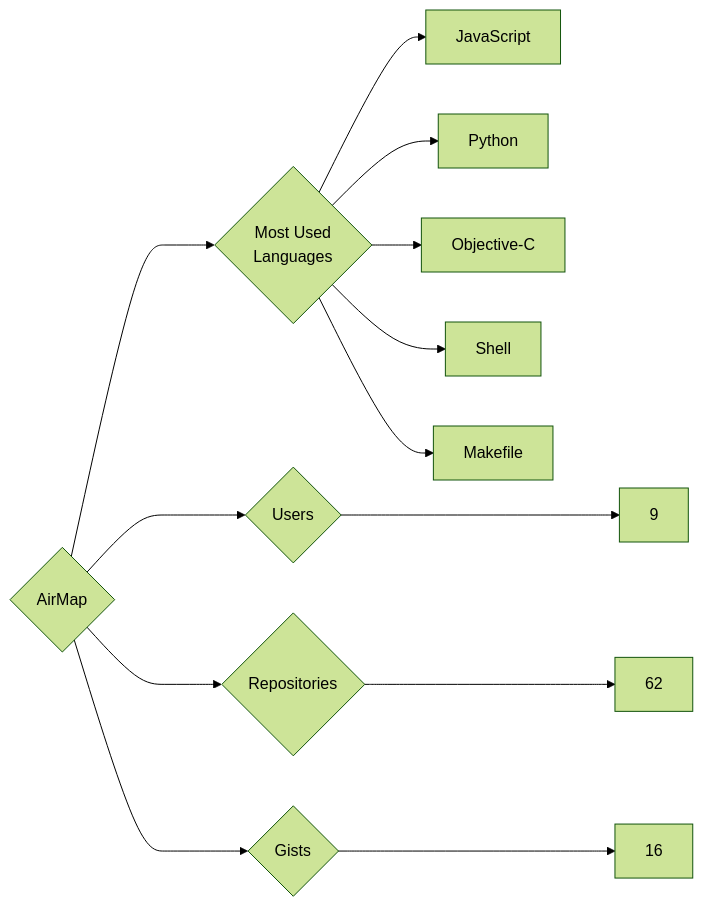
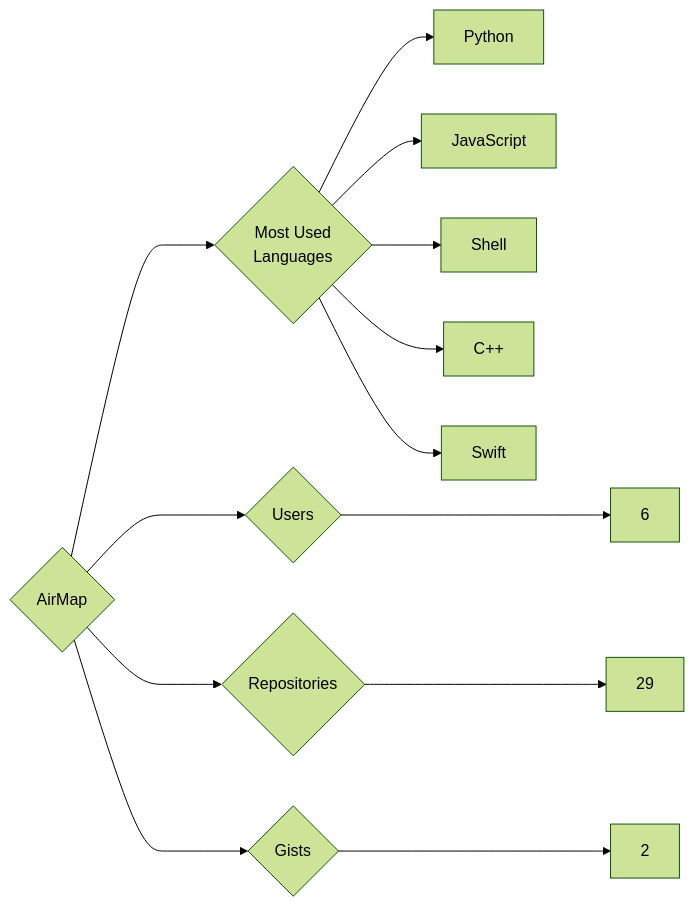
Before and after one commit to trickest/insiders: the diagram in targets/AirMap/README.md, drawn with Mermaid (forest theme). The commit also changed 988 other files, not shown here.

````diff
--- a/targets/AirMap/README.md
+++ b/targets/AirMap/README.md
@@ -3,13 +3,13 @@
 ```mermaid
 graph LR
 COMPANY_NAME{AirMap}
-COMPANY_NAME ---> U{Users} ---> UN[9]
-COMPANY_NAME ---> R{Repositories} ---> RN[62]
-COMPANY_NAME ---> G{Gists} ---> GN[16]
+COMPANY_NAME ---> U{Users} ---> UN[6]
+COMPANY_NAME ---> R{Repositories} ---> RN[29]
+COMPANY_NAME ---> G{Gists} ---> GN[2]
 COMPANY_NAME ---> ML{Most Used<br>Languages}
+ML --> Python[Python]
 ML --> JavaScript[JavaScript]
-ML --> Python[Python]
-ML --> Objective-C[Objective-C]
 ML --> Shell[Shell]
-ML --> Makefile[Makefile]
+ML --> C++[C++]
+ML --> Swift[Swift]
 ```
````
